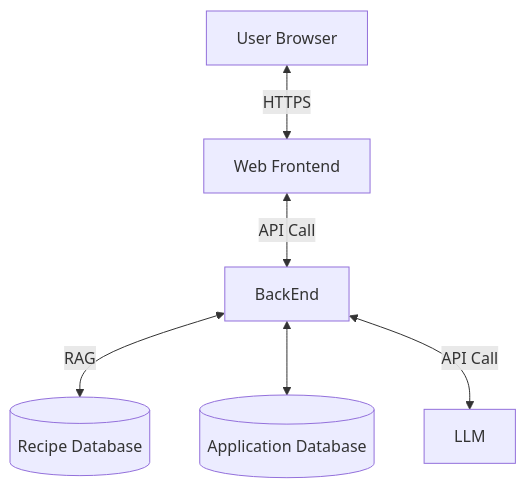
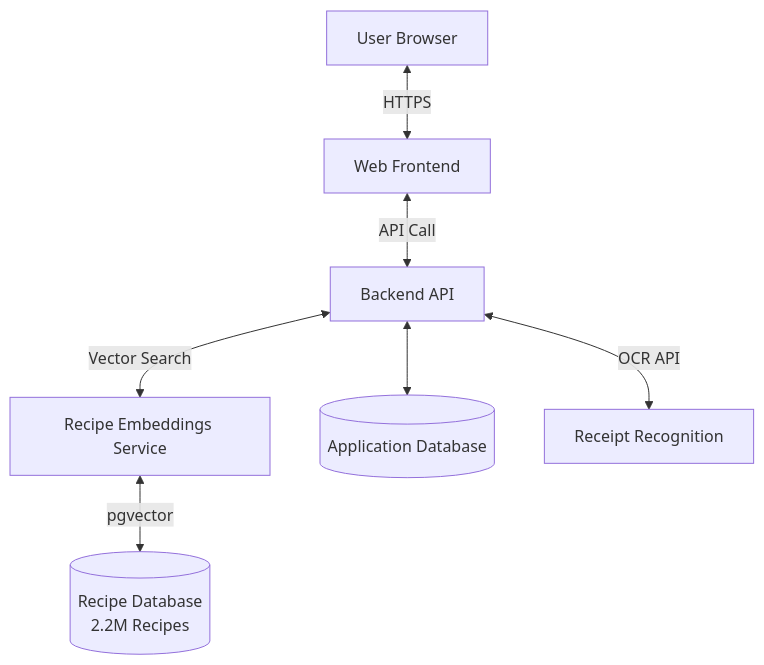
Before and after one commit to parakmh/cooking-assistant-web-app: the diagram in doc/System-Architecture.md, drawn with Mermaid. The commit also changed 5 other files, not shown here.

Commit message:
Add embeddings documentation and archive previous llm references and docs

````diff
--- a/doc/System-Architecture.md
+++ b/doc/System-Architecture.md
@@ -3,8 +3,9 @@
 ```mermaid
 graph TD
     User[User Browser] <-->|HTTPS| Frontend[Web Frontend]
-    Frontend <-->|API Call| Backend[BackEnd]
-    Backend <--> |RAG| RecipeDB[(Recipe Database)]
+    Frontend <-->|API Call| Backend[Backend API]
+    Backend <-->|Vector Search| RecipeEmbeddings[Recipe Embeddings Service]
+    RecipeEmbeddings <-->|pgvector| RecipeDB[(Recipe Database<br/>2.2M Recipes)]
     Backend <--> ApplicationDB[(Application Database)]
-    Backend <--> |API Call| LLM[LLM]
+    Backend <-->|OCR API| ReceiptService[Receipt Recognition]
 ```
````
